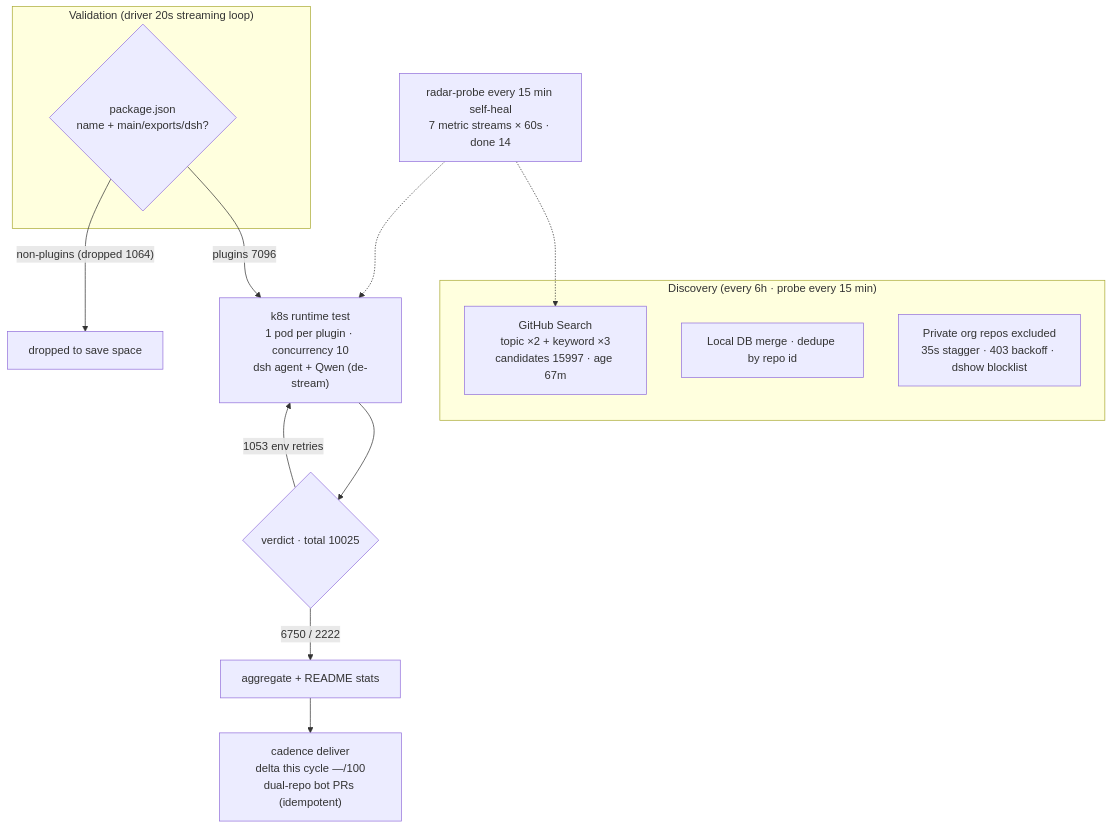
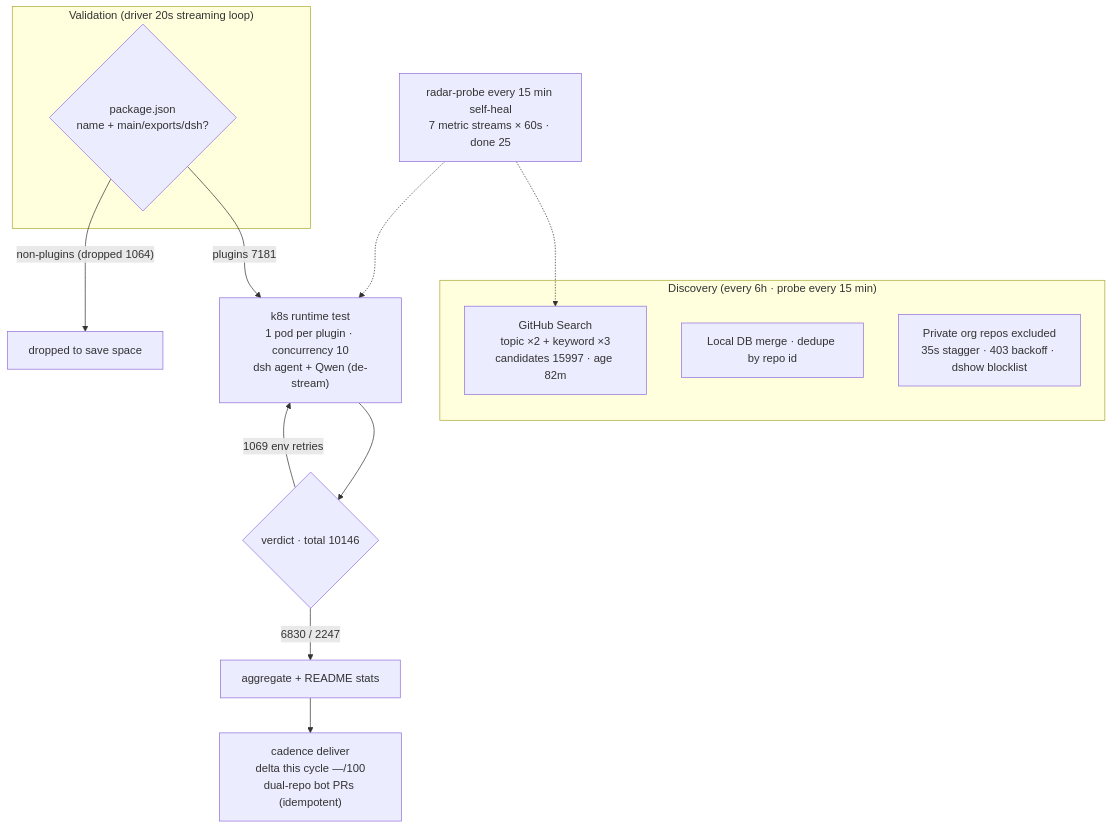
Before and after one commit to AdamPlatin123/awesome-dsh-plugins: the diagram in README.en-US.md, drawn with Mermaid. The commit also changed other lines of this file and 4 other files, not shown here.

````diff
--- a/README.en-US.md
+++ b/README.en-US.md
@@ -30,20 +30,20 @@
 ```mermaid
 flowchart TB
     subgraph Discovery["Discovery (every 6h · probe every 15 min)"]
-        A1["GitHub Search<br/>topic ×2 + keyword ×3<br/>candidates 15997 · age 67m"]
+        A1["GitHub Search<br/>topic ×2 + keyword ×3<br/>candidates 15997 · age 82m"]
         A2["Local DB merge · dedupe by repo id"]
         A3["Private org repos excluded<br/>35s stagger · 403 backoff · dshow blocklist"]
     end
     subgraph Validation["Validation (driver 20s streaming loop)"]
         B1{"package.json<br/>name + main/exports/dsh?"}
     end
-    B1 -->|"plugins 7096"| C1["k8s runtime test<br/>1 pod per plugin · concurrency 10<br/>dsh agent + Qwen (de-stream)"]
+    B1 -->|"plugins 7181"| C1["k8s runtime test<br/>1 pod per plugin · concurrency 10<br/>dsh agent + Qwen (de-stream)"]
     B1 -->|"non-plugins (dropped 1064)"| B3["dropped to save space"]
-    C1 --> D1{"verdict · total 10025"}
-    D1 -->|"6750 / 2222"| E1["aggregate + README stats"]
-    D1 -->|"1053 env retries"| C1
+    C1 --> D1{"verdict · total 10146"}
+    D1 -->|"6830 / 2247"| E1["aggregate + README stats"]
+    D1 -->|"1069 env retries"| C1
     E1 --> E2["cadence deliver<br/>delta this cycle —/100<br/>dual-repo bot PRs (idempotent)"]
-    M["radar-probe every 15 min self-heal<br/>7 metric streams × 60s · done 14"]
+    M["radar-probe every 15 min self-heal<br/>7 metric streams × 60s · done 25"]
     M -.-> A1
     M -.-> C1
 ```
````
